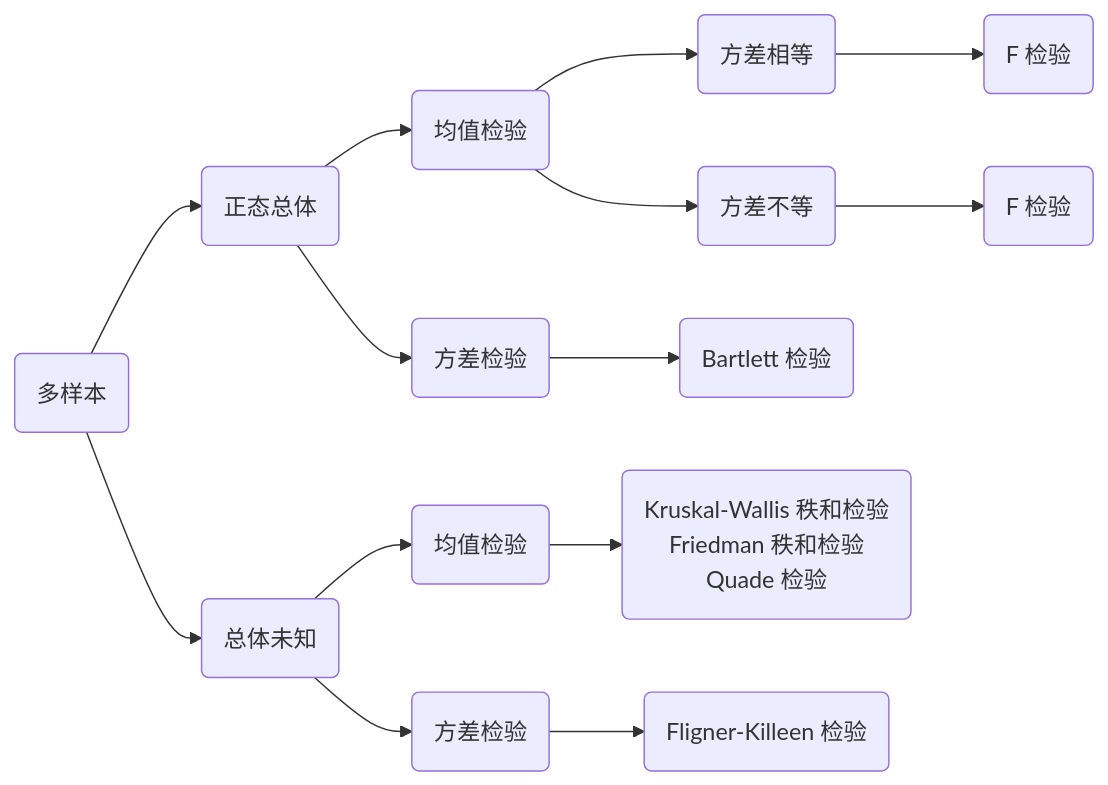
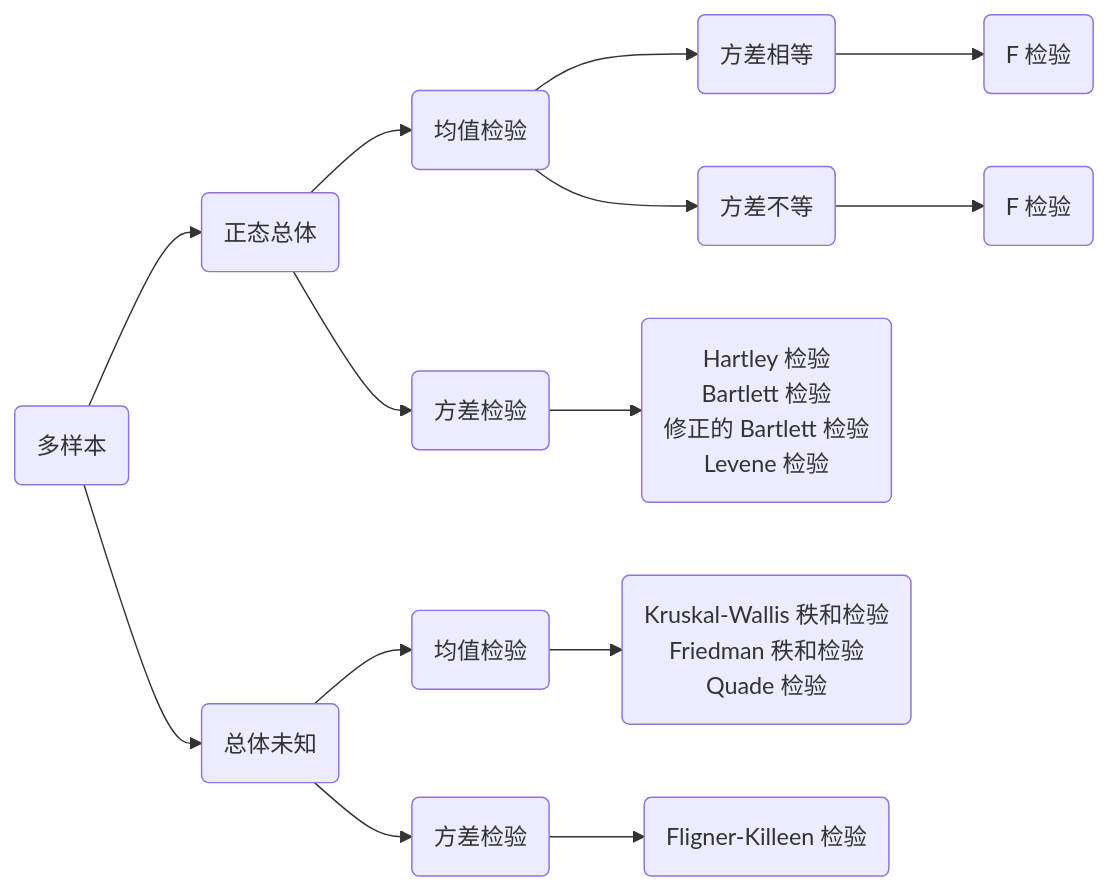
The third of 4 diagrams in common-statistical-tests.qmd (XiangyunHuang/data-analysis-in-action), drawn with Mermaid before and after one commit. The commit also changed other lines of this file and 8 other files, not shown here.

````diff
--- a/common-statistical-tests.qmd
+++ b/common-statistical-tests.qmd
@@ -523,15 +591,15 @@
 ```{mermaid}
 %%| label: fig-k-samples
 %%| fig-cap: 多样本检验
 %%| fig-width: 6.5
 
 flowchart LR
   A(多样本) --> B1(正态总体)
   A  --> B2(总体未知)
   B1 --> C1(均值检验)
   C1 --> D2(方差相等) --> E2(F 检验)
   C1 --> D3(方差不等) --> E3(F 检验)
-  B1 --> C2(方差检验) --> E4(Bartlett 检验)
+  B1 --> C2(方差检验) --> E4(Hartley 检验\n Bartlett 检验\n 修正的 Bartlett 检验\n Levene 检验)
   B2 --> C3(均值检验) --> E5(Kruskal-Wallis 秩和检验\n Friedman 秩和检验\n Quade 检验)
   B2 --> C4(方差检验) --> E7(Fligner-Killeen 检验)
 ```
````
